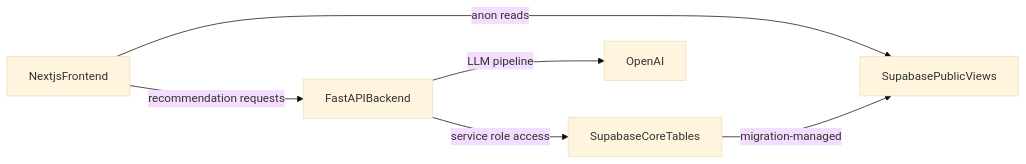
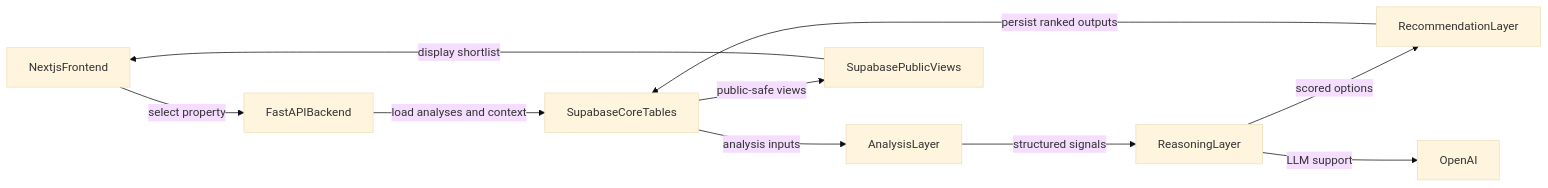
Before and after one commit to ol1ves/bizzy-city: the diagram in README.md, drawn with Mermaid (base theme). The commit also changed other lines of this file, not shown here.

Commit message:
Update docs again

````diff
--- a/README.md
+++ b/README.md
@@ -32,8 +32,12 @@
 ```mermaid
 flowchart LR
-  FrontendApp["NextjsFrontend"] -->|"anon reads"| PublicViews["SupabasePublicViews"]
-  FrontendApp -->|"recommendation requests"| BackendAPI["FastAPIBackend"]
-  BackendAPI -->|"service role access"| CoreTables["SupabaseCoreTables"]
-  BackendAPI -->|"LLM pipeline"| OpenAIProvider["OpenAI"]
-  CoreTables -->|"migration-managed"| PublicViews
+  FrontendApp["NextjsFrontend"] -->|"select property"| BackendAPI["FastAPIBackend"]
+  BackendAPI -->|"load analyses and context"| CoreTables["SupabaseCoreTables"]
+  CoreTables -->|"analysis inputs"| AnalysisStage["AnalysisLayer"]
+  AnalysisStage -->|"structured signals"| ReasoningStage["ReasoningLayer"]
+  ReasoningStage -->|"scored options"| RecommendationStage["RecommendationLayer"]
+  RecommendationStage -->|"persist ranked outputs"| CoreTables
+  CoreTables -->|"public-safe views"| PublicViews["SupabasePublicViews"]
+  PublicViews -->|"display shortlist"| FrontendApp
+  ReasoningStage -->|"LLM support"| OpenAIProvider["OpenAI"]
 ```
````
